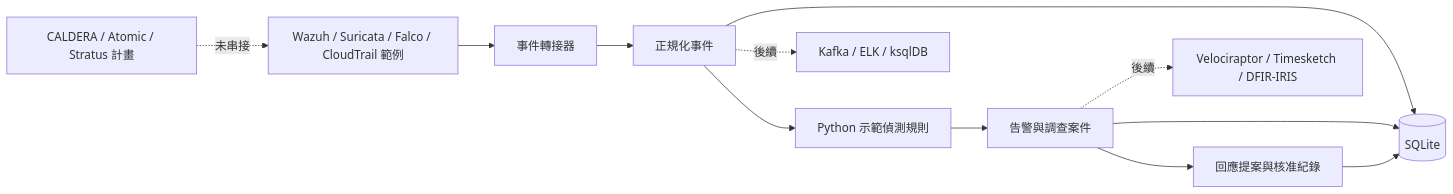
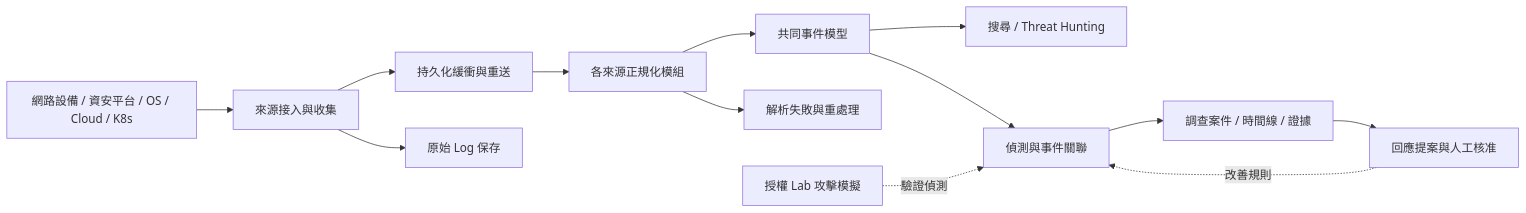
One commit to chikai0712/Threat-hunting-lab changed the diagram in README.md. Above: the diagram before and after it, drawn with Mermaid. The commit also changed other lines of this file and 14 other files, not shown here.

Commit message:
docs: establish architecture-first baseline and defer deployment until environment discovery

````diff
--- a/README.md
+++ b/README.md
@@ -83,14 +9,15 @@
 ```mermaid
 flowchart LR
-    S[Wazuh / Suricata / Falco / CloudTrail 範例] --> A[事件轉接器]
-    A --> E[正規化事件]
-    E --> D[Python 示範偵測規則]
-    D --> C[告警與調查案件]
-    C --> R[回應提案與核准紀錄]
-    E --> DB[(SQLite)]
-    C --> DB
-    R --> DB
-    P[CALDERA / Atomic / Stratus 計畫] -.未串接.-> S
-    E -.後續.-> K[Kafka / ELK / ksqlDB]
-    C -.後續.-> I[Velociraptor / Timesketch / DFIR-IRIS]
+    S[網路設備 / 資安平台 / OS / Cloud / K8s] --> C[來源接入與收集]
+    C --> B[持久化緩衝與重送]
+    B --> N[各來源正規化模組]
+    C --> R[原始 Log 保存]
+    N --> E[共同事件模型]
+    N --> Q[解析失敗與重處理]
+    E --> H[搜尋 / Threat Hunting]
+    E --> D[偵測與事件關聯]
+    D --> I[調查案件 / 時間線 / 證據]
+    I --> P[回應提案與人工核准]
+    P -.改善規則.-> D
+    T[授權 Lab 攻擊模擬] -.驗證偵測.-> D
 ```
````
